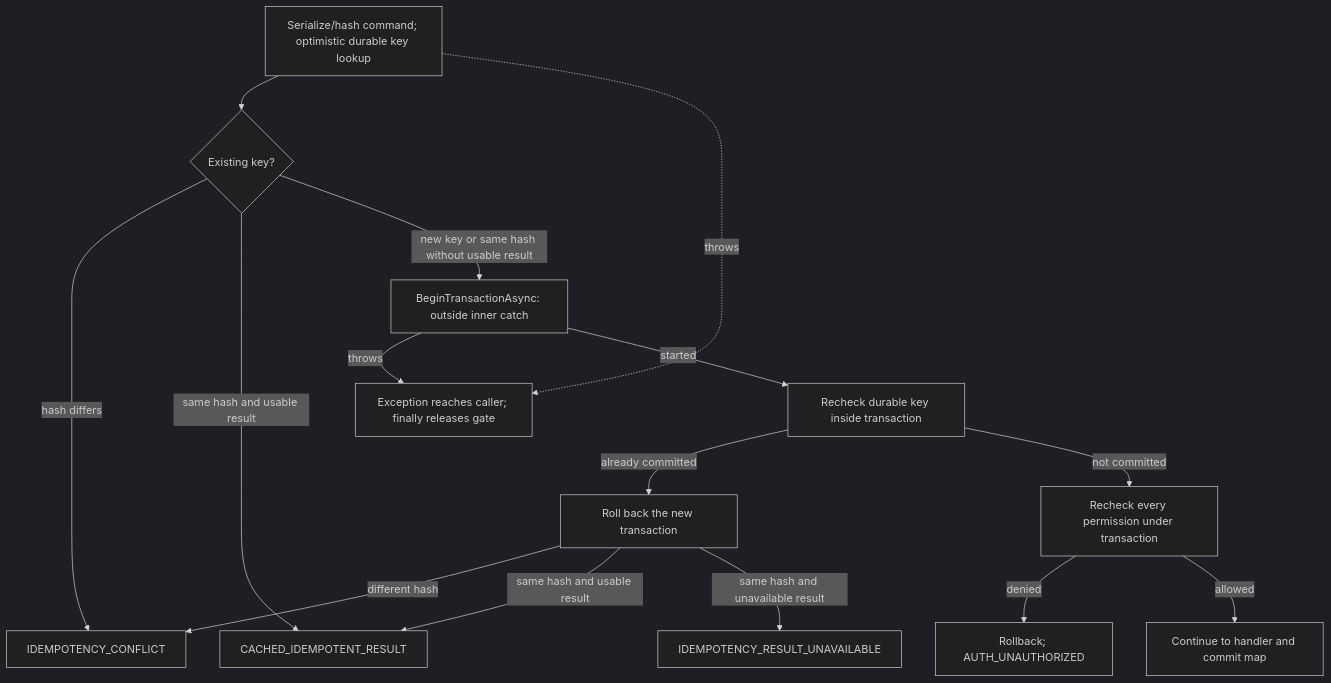
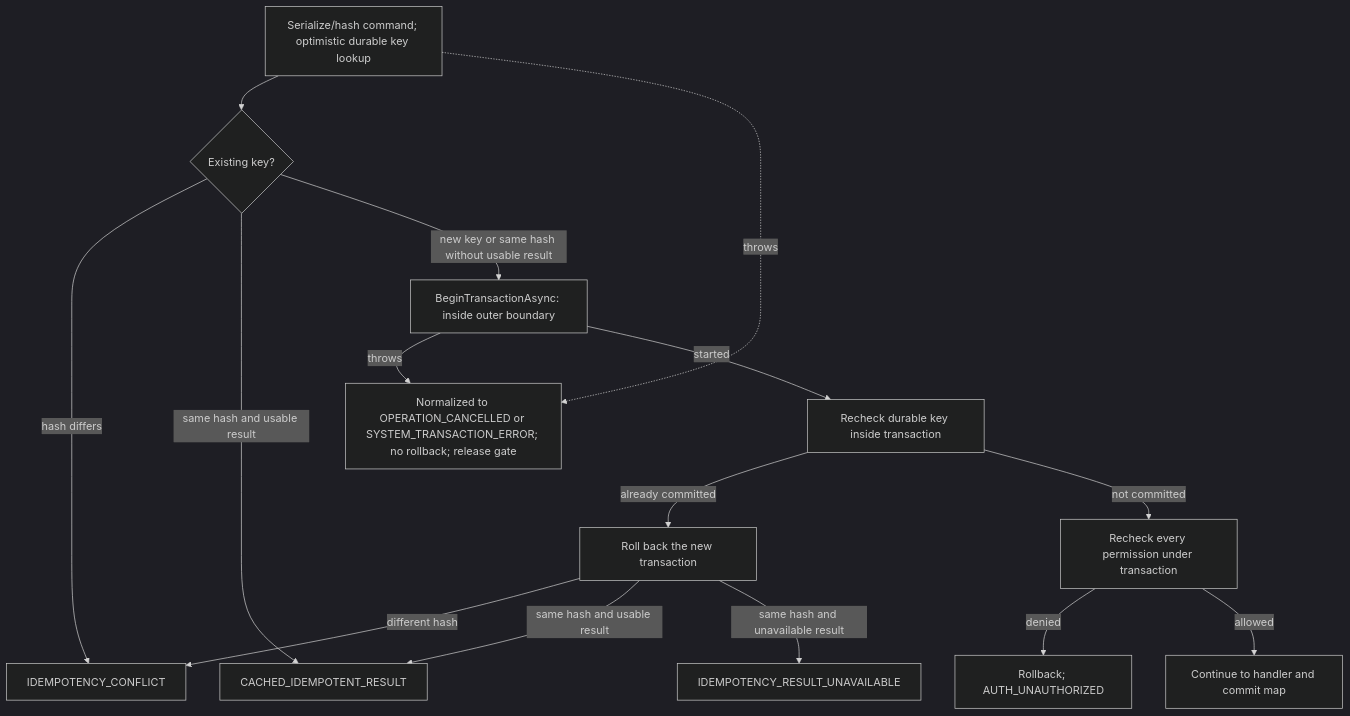
Before and after one commit to getseek/pos: the second of 3 diagrams in docs/review/pipeline.md, drawn with Mermaid (dark theme). The commit also changed other lines of this file and 21 other files, not shown here.

````diff
--- a/docs/review/pipeline.md
+++ b/docs/review/pipeline.md
@@ -41,17 +41,17 @@
 ```mermaid
 flowchart TD
     Hash["Serialize/hash command; optimistic durable key lookup"] --> Exists{"Existing key?"}
     Exists -->|hash differs| Conflict["IDEMPOTENCY_CONFLICT"]
     Exists -->|same hash and usable result| Cached["CACHED_IDEMPOTENT_RESULT"]
-    Exists -->|new key or same hash without usable result| Begin["BeginTransactionAsync: outside inner catch"]
-    Begin -->|throws| Caller["Exception reaches caller; finally releases gate"]
+    Exists -->|new key or same hash without usable result| Begin["BeginTransactionAsync: inside outer boundary"]
+    Begin -->|throws| Boundary["Normalized to OPERATION_CANCELLED or SYSTEM_TRANSACTION_ERROR; no rollback; release gate"]
     Begin -->|started| Again["Recheck durable key inside transaction"]
     Again -->|already committed| RB["Roll back the new transaction"]
     RB -->|different hash| Conflict
     RB -->|same hash and usable result| Cached
     RB -->|same hash and unavailable result| Missing["IDEMPOTENCY_RESULT_UNAVAILABLE"]
     Again -->|not committed| Live["Recheck every permission under transaction"]
     Live -->|denied| Deny["Rollback; AUTH_UNAUTHORIZED"]
     Live -->|allowed| Handler["Continue to handler and commit map"]
-    Hash -.->|throws| Caller
+    Hash -.->|throws| Boundary
 ```
````
